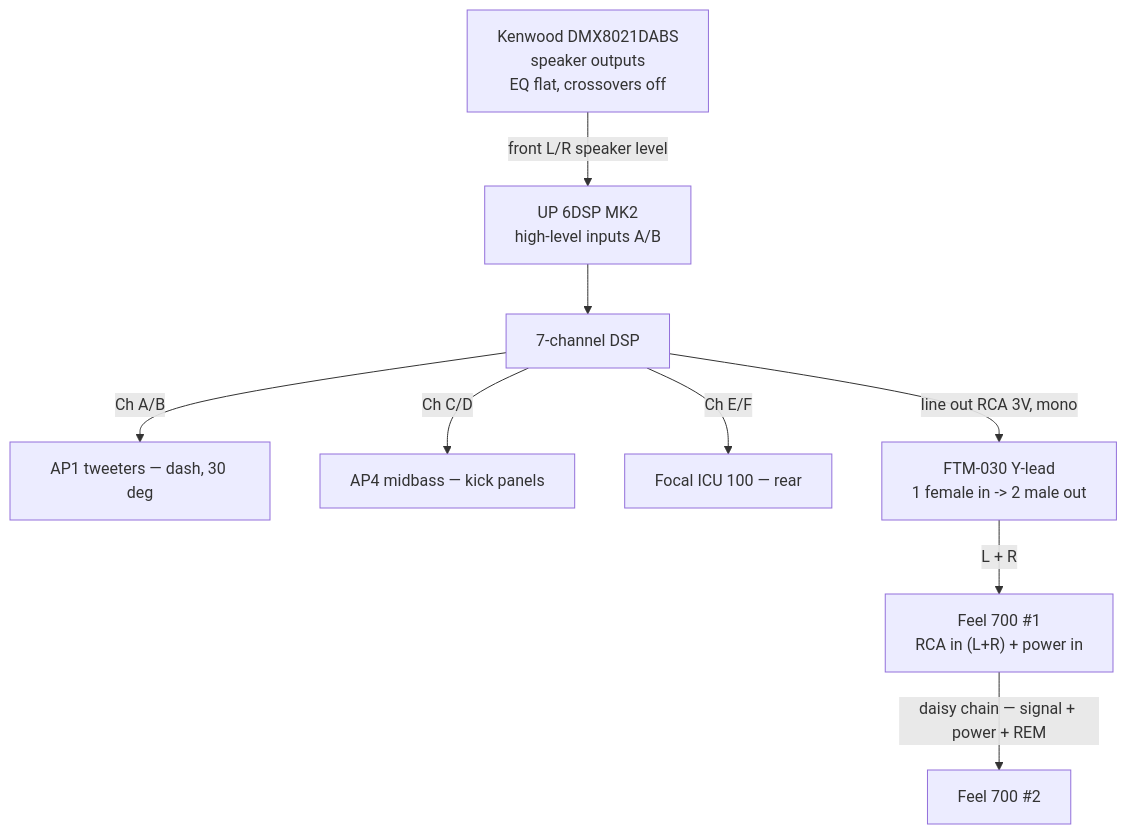
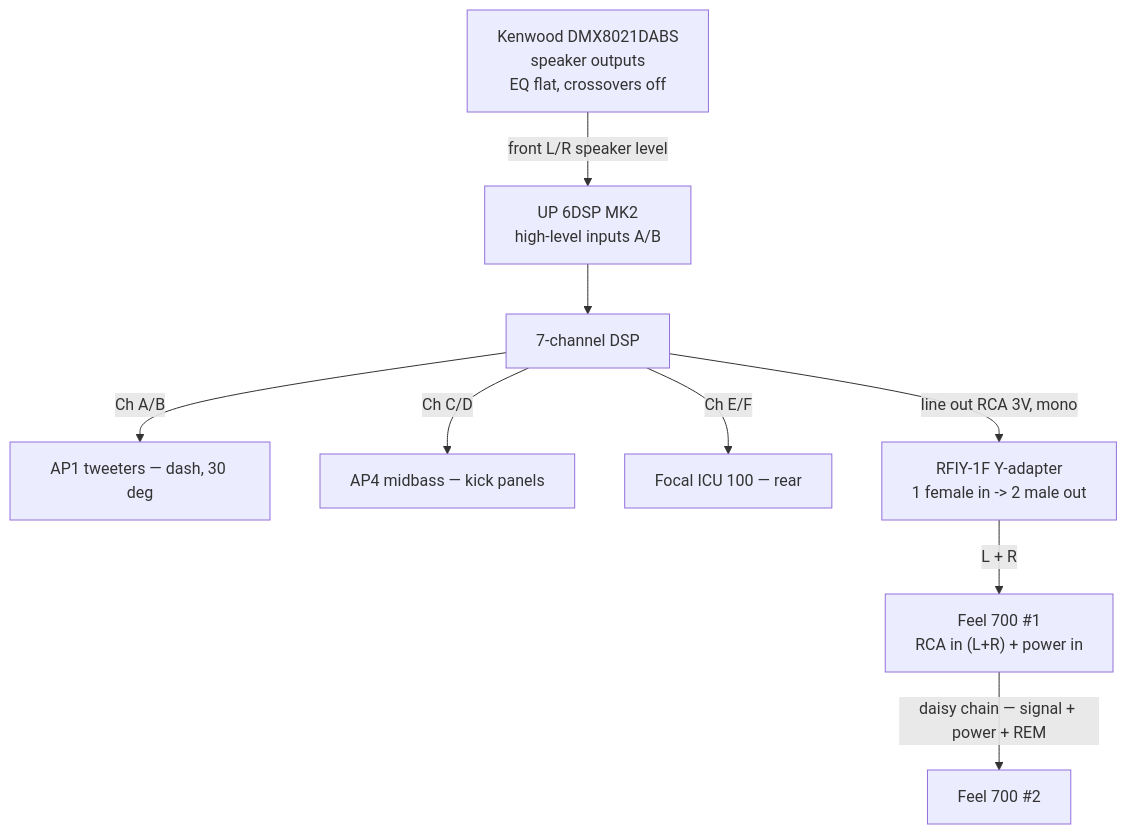
One commit to badsyntax/jimny-sound changed the first of 3 diagrams in AUDIO-UPGRADE.md. Above: the diagram before and after it, drawn with Mermaid. The commit also changed other lines of this file, not shown here.

First line of the commit message:
Fix Y-lead direction and switch to explicit remote turn-on wire

````diff
--- a/AUDIO-UPGRADE.md
+++ b/AUDIO-UPGRADE.md
@@ -72,12 +72,12 @@
 ```mermaid
 flowchart TD
     HU["Kenwood DMX8021DABS<br/>speaker outputs<br/>EQ flat, crossovers off"]
     HU -->|"front L/R speaker level"| HLIN["UP 6DSP MK2<br/>high-level inputs A/B"]
     HLIN --> DSP["7-channel DSP"]
     DSP -->|"Ch A/B"| TW["AP1 tweeters — dash, 30 deg"]
     DSP -->|"Ch C/D"| MID["AP4 midbass — kick panels"]
     DSP -->|"Ch E/F"| REAR["Focal ICU 100 — rear"]
-    DSP -->|"line out RCA 3V, mono"| YLEAD["FTM-030 Y-lead<br/>1 female in -> 2 male out"]
+    DSP -->|"line out RCA 3V, mono"| YLEAD["RFIY-1F Y-adapter<br/>1 female in -> 2 male out"]
     YLEAD -->|"L + R"| SUB1["Feel 700 #1<br/>RCA in (L+R) + power in"]
     SUB1 -->|"daisy chain — signal + power + REM"| SUB2["Feel 700 #2"]
 ```
````
